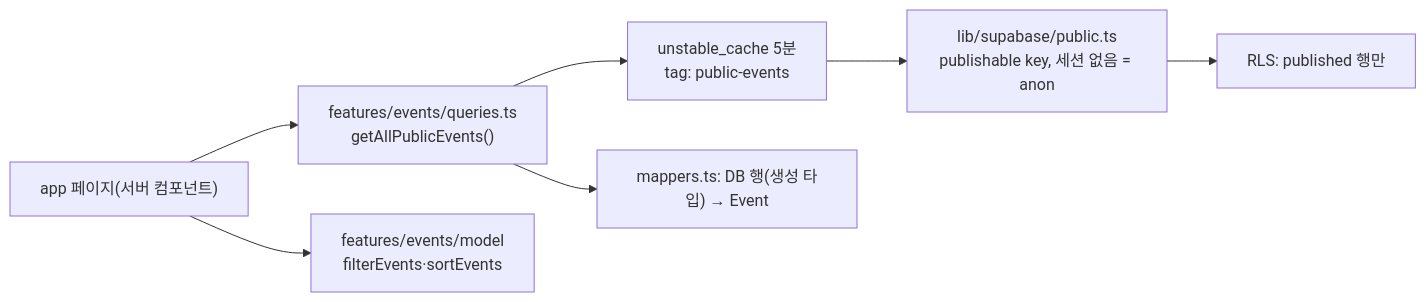
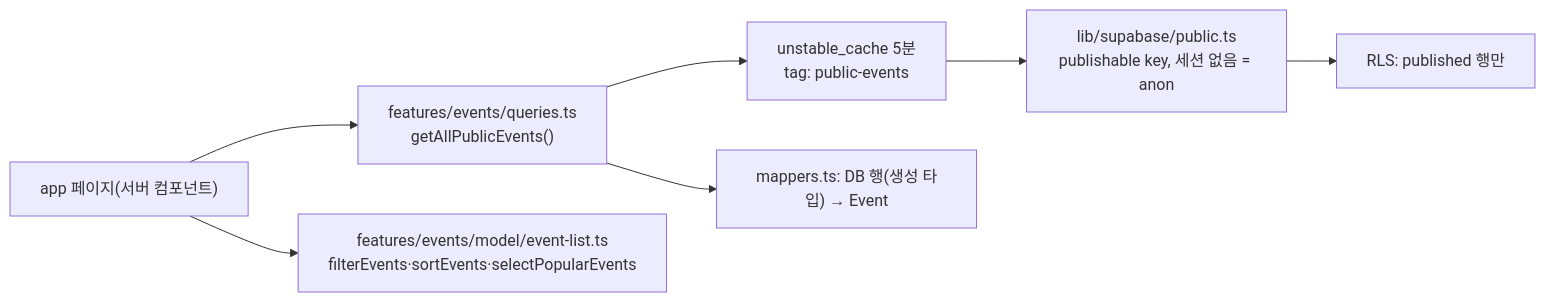
The first of 3 diagrams in docs/architecture.md (sanghee01/sokcho-moa), drawn with Mermaid before and after one commit. The commit also changed other lines of this file and 3 other files, not shown here.

````diff
--- a/docs/architecture.md
+++ b/docs/architecture.md
@@ -67,9 +74,9 @@
 ```mermaid
 flowchart LR
   Page["app 페이지(서버 컴포넌트)"] --> Q["features/events/queries.ts<br/>getAllPublicEvents()"]
   Q --> Cache["unstable_cache 5분<br/>tag: public-events"]
   Cache --> Pub["lib/supabase/public.ts<br/>publishable key, 세션 없음 = anon"]
   Pub --> RLS["RLS: published 행만"]
   Q --> Map["mappers.ts: DB 행(생성 타입) → Event"]
-  Page --> Model["features/events/model<br/>filterEvents·sortEvents"]
+  Page --> Model["features/events/model/event-list.ts<br/>filterEvents·sortEvents·selectPopularEvents"]
 ```
````
